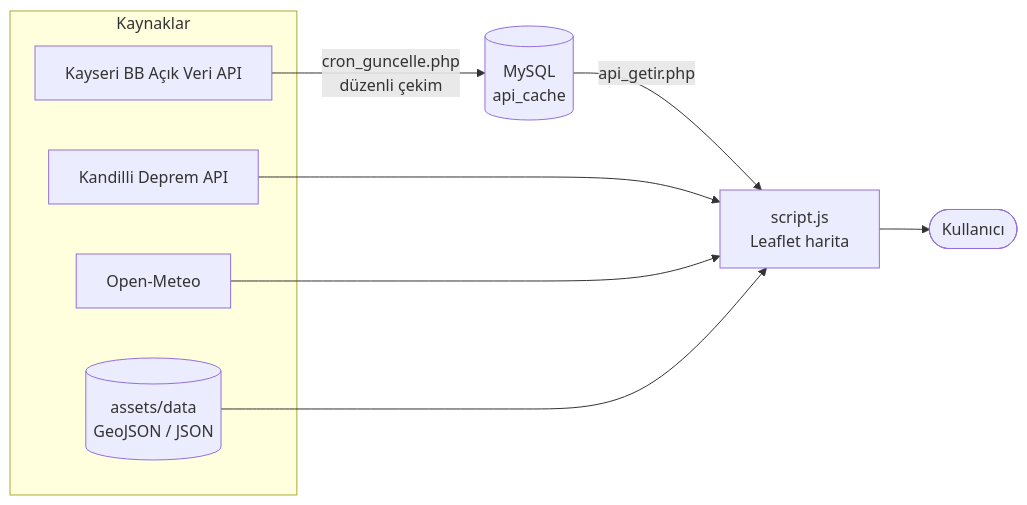
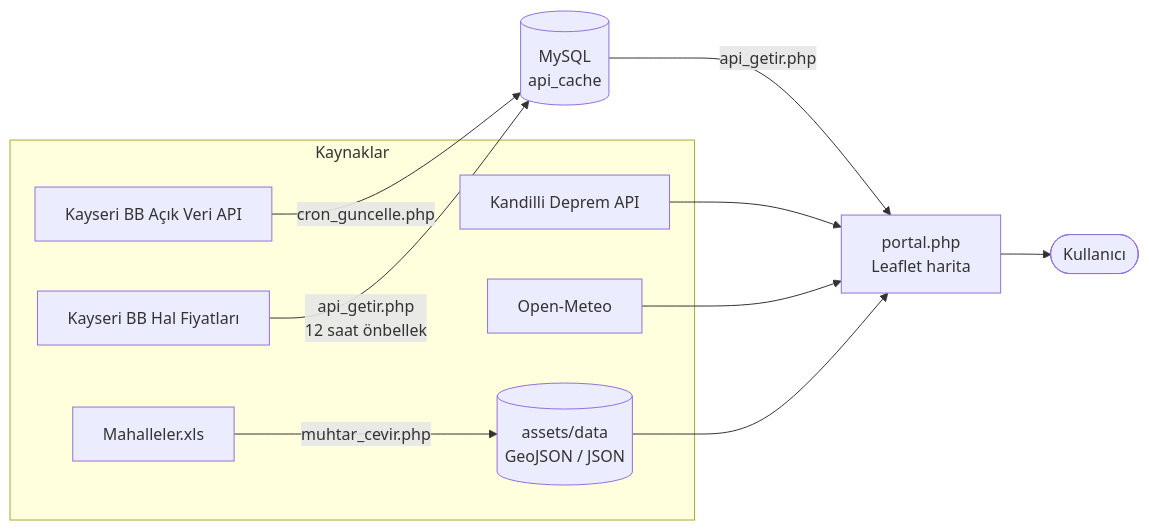
One commit to sadecedqn/kayserisehirportali-WiP changed the diagram in README.md. Above: the diagram before and after it, drawn with Mermaid. The commit also changed other lines of this file, not shown here.

````diff
--- a/README.md
+++ b/README.md
@@ -100,16 +106,20 @@
 ```mermaid
 flowchart LR
     subgraph Kaynaklar
         A[Kayseri BB Açık Veri API]
+        H[Kayseri BB Hal Fiyatları]
         B[Kandilli Deprem API]
         C[Open-Meteo]
         D[(assets/data<br/>GeoJSON / JSON)]
+        X[Mahalleler.xls]
     end
 
-    A -->|cron_guncelle.php<br/>düzenli çekim| DB[(MySQL<br/>api_cache)]
+    A -->|cron_guncelle.php| DB[(MySQL<br/>api_cache)]
+    H -->|api_getir.php<br/>12 saat önbellek| DB
+    X -->|muhtar_cevir.php| D
     DB -->|api_getir.php| JS
-    B --> JS[script.js<br/>Leaflet harita]
+    B --> JS[portal.php<br/>Leaflet harita]
     C --> JS
     D --> JS
     JS --> U([Kullanıcı])
 ```
````
